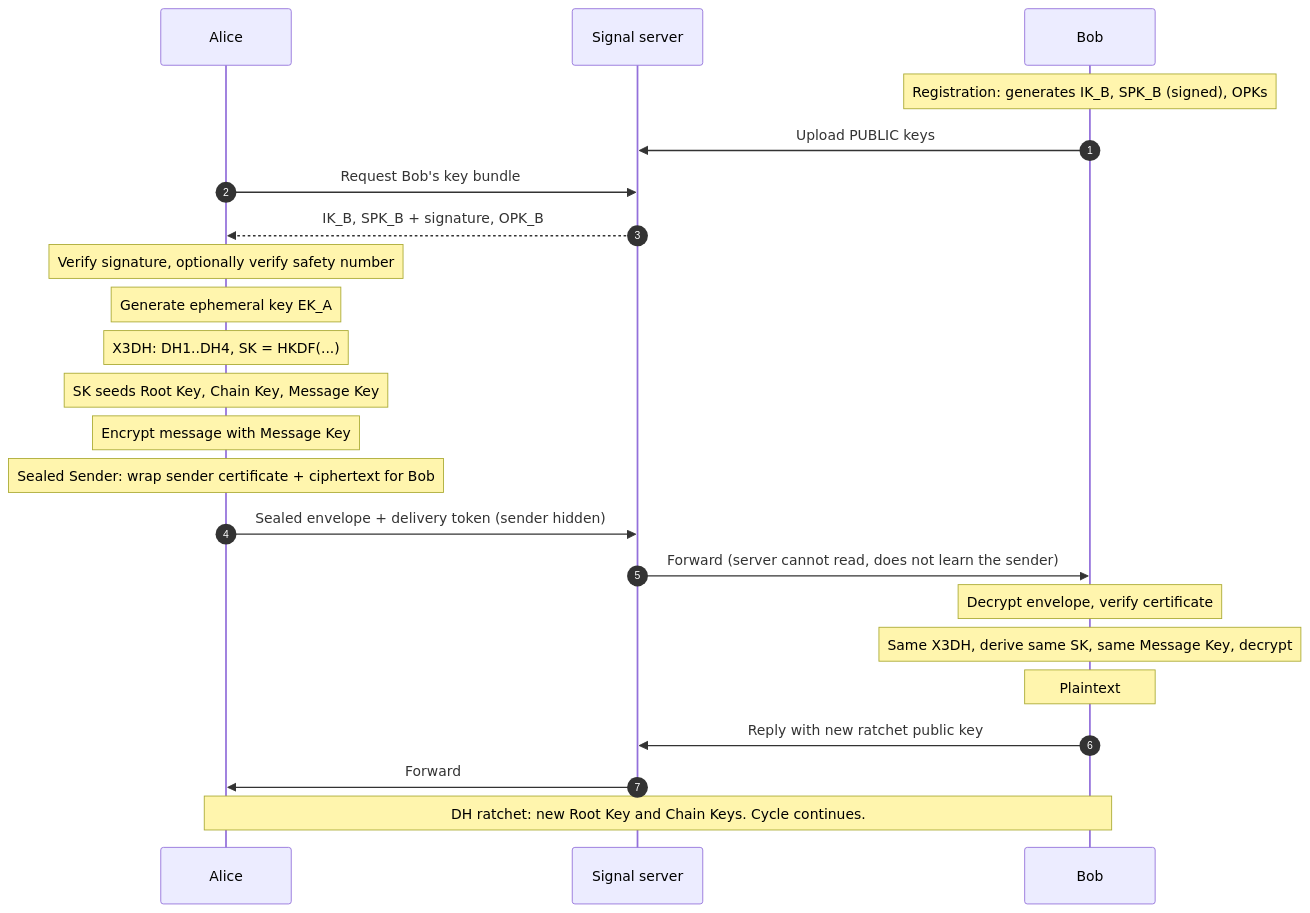
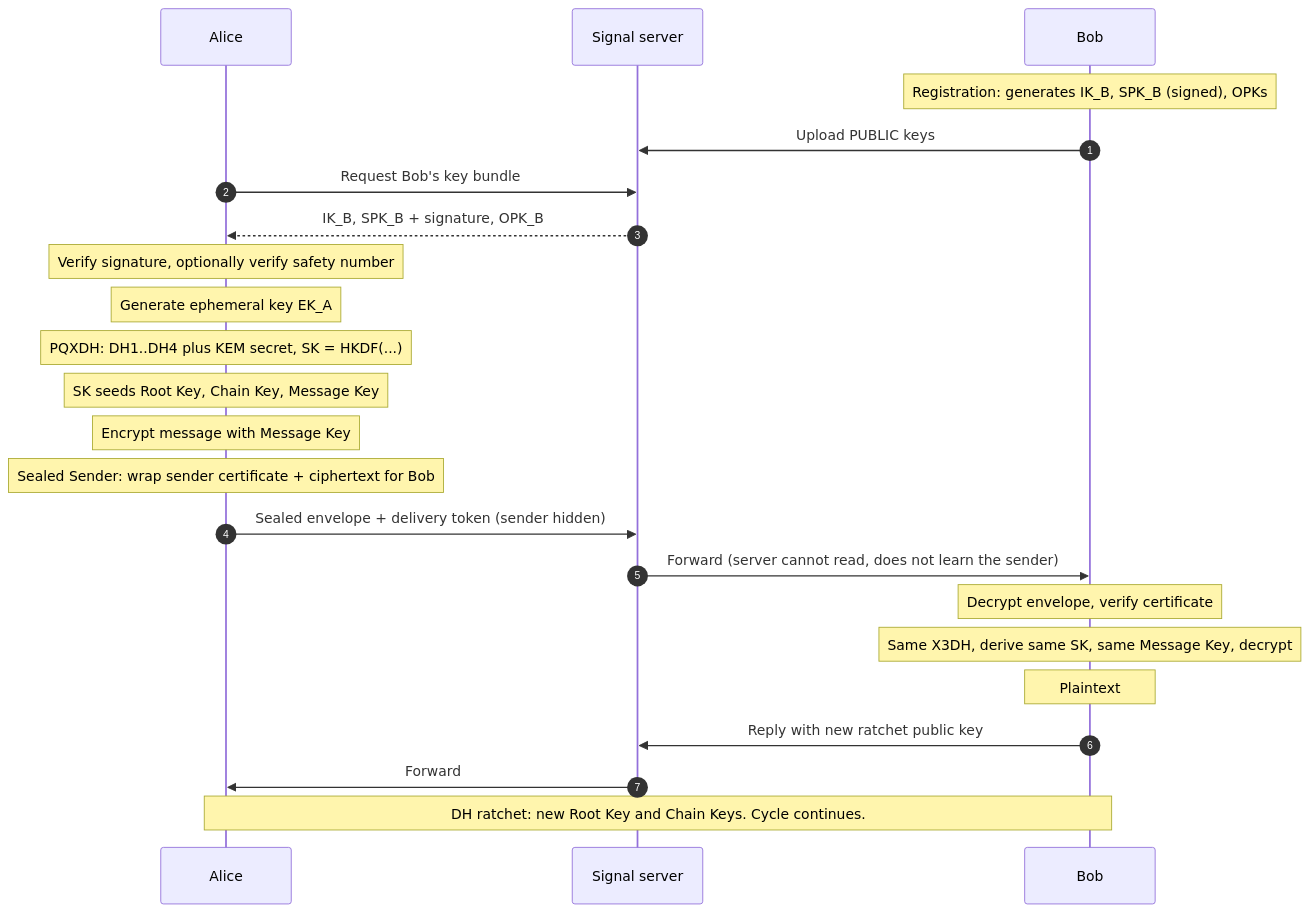
One commit to GAURAVSri123/Data-Security-Privacy changed diagram 24 of 24 in Signal_E2EE.md. Above: the diagram before and after it, drawn with Mermaid. The commit also changed other lines of this file, not shown here.

````diff
--- a/Signal_E2EE.md
+++ b/Signal_E2EE.md
@@ -676,26 +745,26 @@
 ```mermaid
 sequenceDiagram
     autonumber
     participant A as Alice
     participant S as Signal server
     participant B as Bob
 
     Note over B: Registration: generates IK_B, SPK_B (signed), OPKs
     B->>S: Upload PUBLIC keys
     A->>S: Request Bob's key bundle
     S-->>A: IK_B, SPK_B + signature, OPK_B
     Note over A: Verify signature, optionally verify safety number
     Note over A: Generate ephemeral key EK_A
-    Note over A: X3DH: DH1..DH4, SK = HKDF(...)
+    Note over A: PQXDH: DH1..DH4 plus KEM secret, SK = HKDF(...)
     Note over A: SK seeds Root Key, Chain Key, Message Key
     Note over A: Encrypt message with Message Key
     Note over A: Sealed Sender: wrap sender certificate + ciphertext for Bob
     A->>S: Sealed envelope + delivery token (sender hidden)
     S->>B: Forward (server cannot read, does not learn the sender)
     Note over B: Decrypt envelope, verify certificate
     Note over B: Same X3DH, derive same SK, same Message Key, decrypt
     Note over B: Plaintext
     B->>S: Reply with new ratchet public key
     S->>A: Forward
     Note over A,B: DH ratchet: new Root Key and Chain Keys. Cycle continues.
 ```
````
